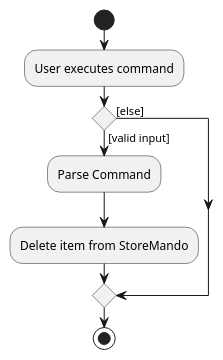
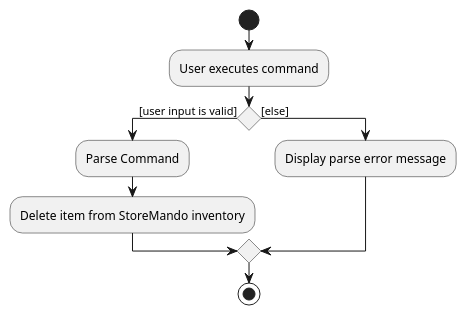
The diagram in docs/diagrams/DeleteActivityDiagram.puml (nus-cs2103-AY2021S2/tp), drawn with PlantUML before and after one commit.

Commit message:
Update DeleteActivityDiagram

```diff
--- a/docs/diagrams/DeleteActivityDiagram.puml
+++ b/docs/diagrams/DeleteActivityDiagram.puml
@@ -1,14 +1,15 @@
 @startuml
 start
 :User executes command;
 
 'Since the beta syntax does not support placing the condition outside the
 'diamond we place it as the true branch instead.
 
-if () then ([valid input])
+if () then ([user input is valid])
     :Parse Command;
-    :Delete item from StoreMando;
+    :Delete item from StoreMando inventory;
 else ([else])
+    :Display parse error message;
 endif
 stop
 @enduml
```
